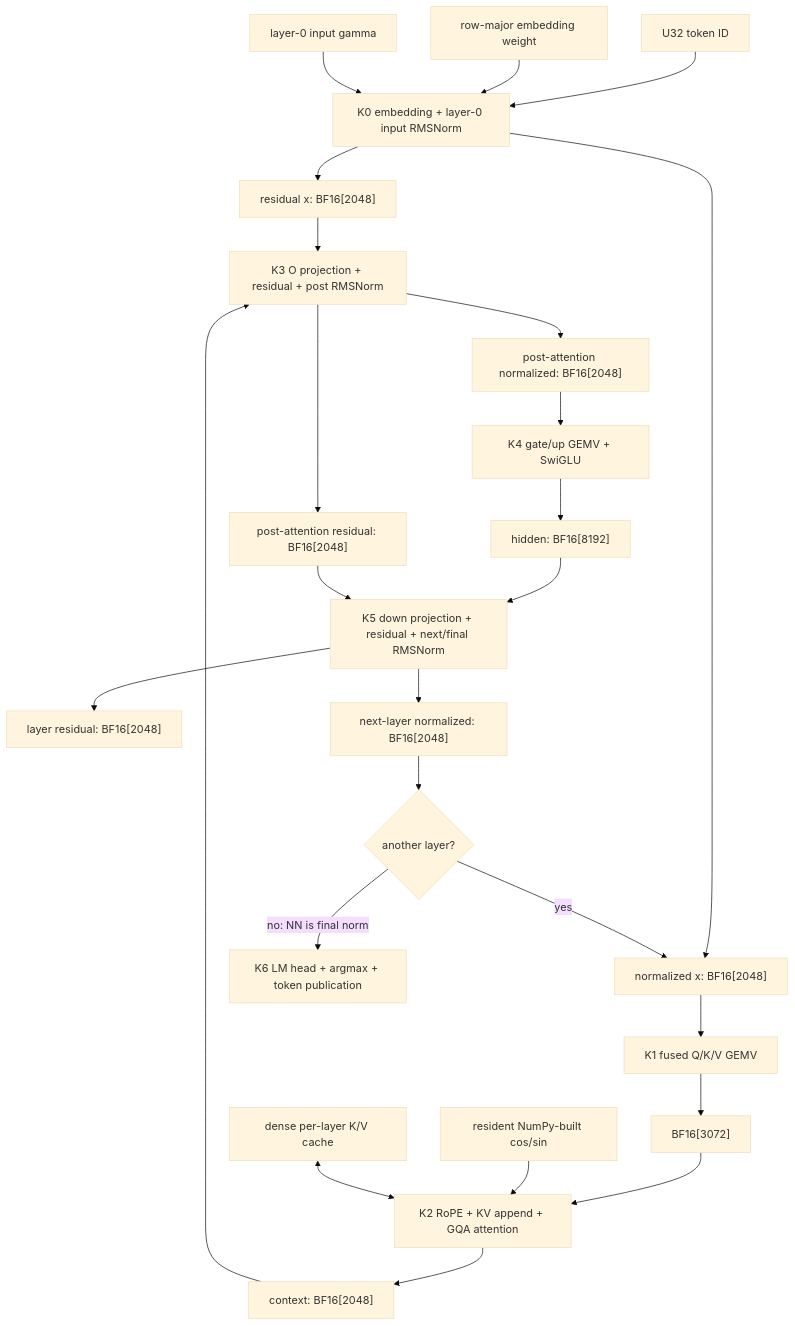
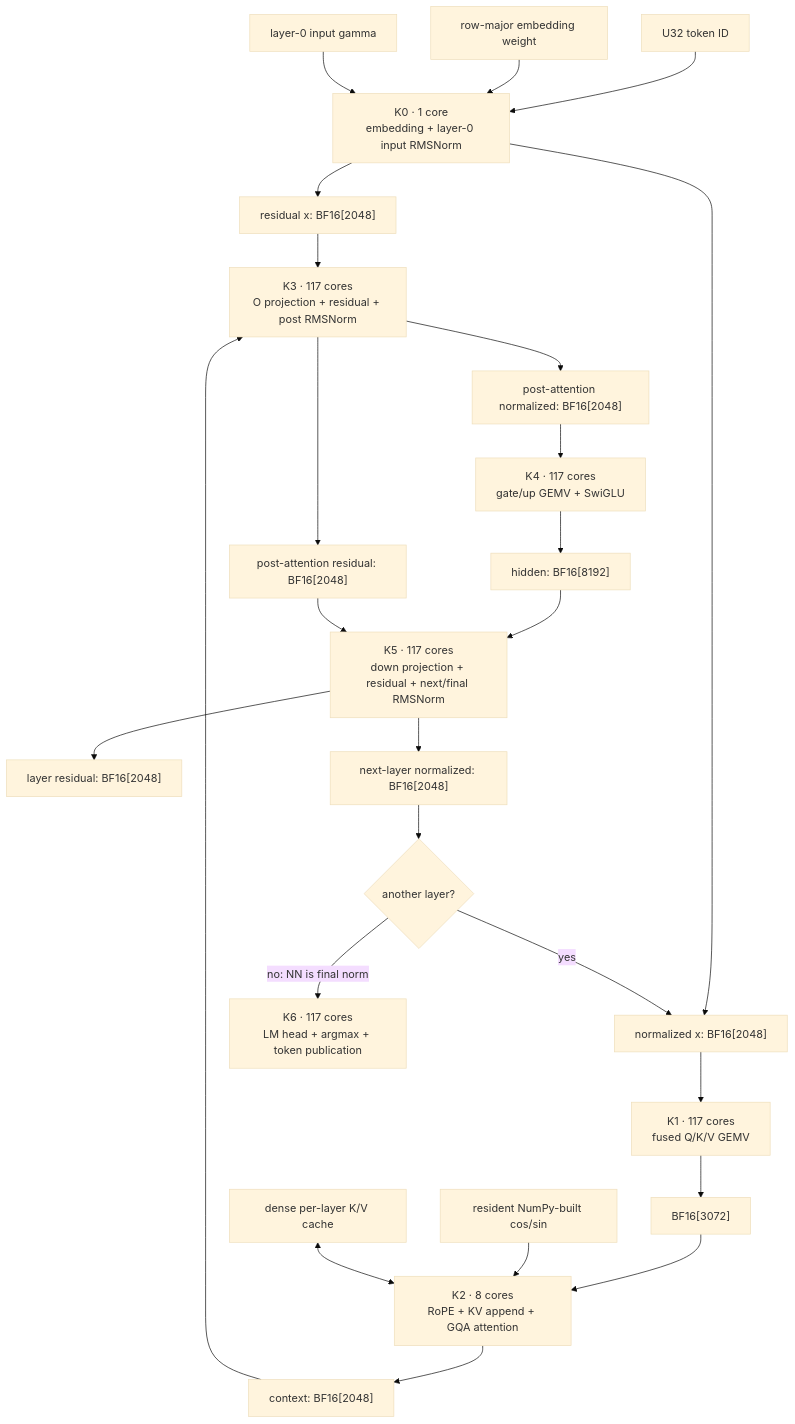
One commit to boopdotpng/blackhole-py changed the diagram in llama3-decode-row-major.md. Above: the diagram before and after it, drawn with Mermaid (base theme). The commit also changed other lines of this file and 4 other files, not shown here.

````diff
--- a/llama3-decode-row-major.md
+++ b/llama3-decode-row-major.md
@@ -280,30 +317,30 @@
 ```mermaid
 flowchart TD
-    T["U32 token ID"] --> K0["K0 embedding + layer-0 input RMSNorm"]
+    T["U32 token ID"] --> K0["K0 · 1 core<br/>embedding + layer-0 input RMSNorm"]
     E["row-major embedding weight"] --> K0
     G0["layer-0 input gamma"] --> K0
     K0 --> X["residual x: BF16[2048]"]
     K0 --> N["normalized x: BF16[2048]"]
 
-    N --> K1["K1 fused Q/K/V GEMV"]
+    N --> K1["K1 · 117 cores<br/>fused Q/K/V GEMV"]
     K1 --> QKV["BF16[3072]"]
-    QKV --> K2["K2 RoPE + KV append + GQA attention"]
+    QKV --> K2["K2 · 8 cores<br/>RoPE + KV append + GQA attention"]
     R["resident NumPy-built cos/sin"] --> K2
     KV["dense per-layer K/V cache"] <--> K2
     K2 --> C["context: BF16[2048]"]
 
-    C --> K3["K3 O projection + residual + post RMSNorm"]
+    C --> K3["K3 · 117 cores<br/>O projection + residual + post RMSNorm"]
     X --> K3
     K3 --> XA["post-attention residual: BF16[2048]"]
     K3 --> PN["post-attention normalized: BF16[2048]"]
-    PN --> K4["K4 gate/up GEMV + SwiGLU"]
+    PN --> K4["K4 · 117 cores<br/>gate/up GEMV + SwiGLU"]
     K4 --> H["hidden: BF16[8192]"]
-    H --> K5["K5 down projection + residual + next/final RMSNorm"]
+    H --> K5["K5 · 117 cores<br/>down projection + residual + next/final RMSNorm"]
     XA --> K5
     K5 --> XO["layer residual: BF16[2048]"]
     K5 --> NN["next-layer normalized: BF16[2048]"]
 
     NN --> MORE{"another layer?"}
     MORE -->|"yes"| N
-    MORE -->|"no: NN is final norm"| K6["K6 LM head + argmax + token publication"]
+    MORE -->|"no: NN is final norm"| K6["K6 · 117 cores<br/>LM head + argmax + token publication"]
 ```
````
